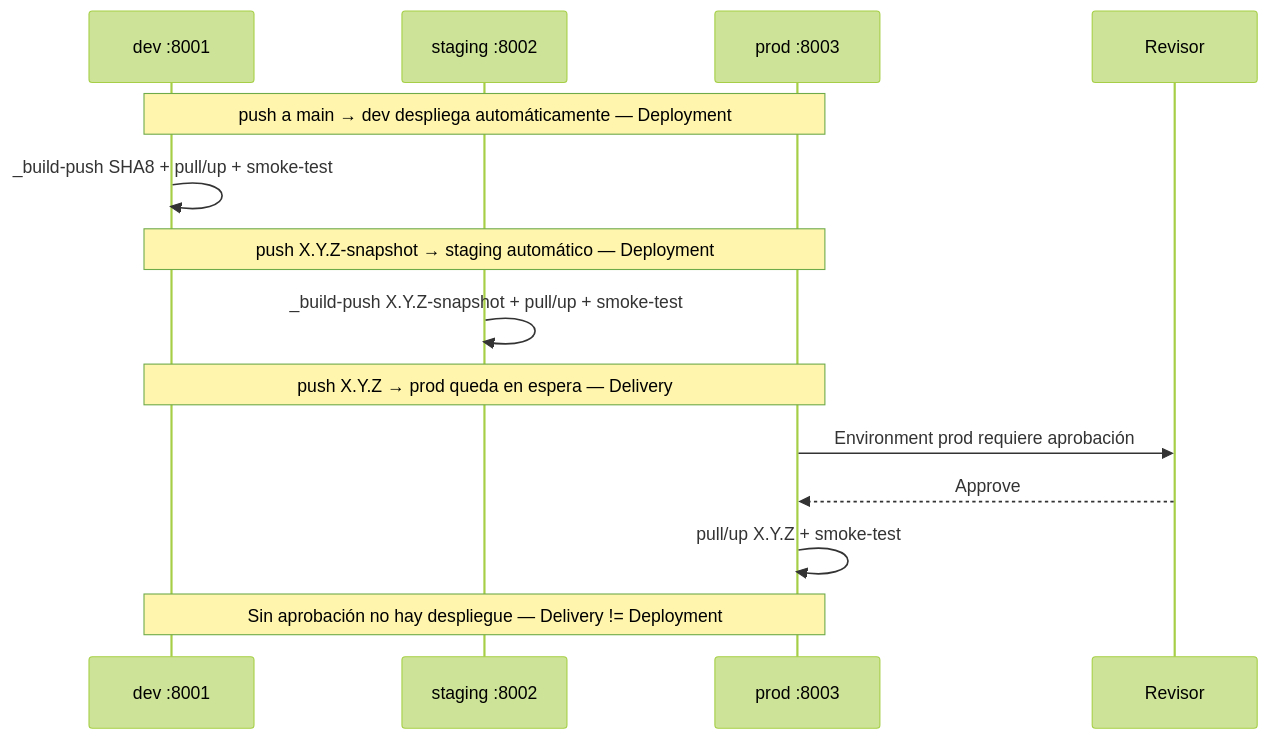
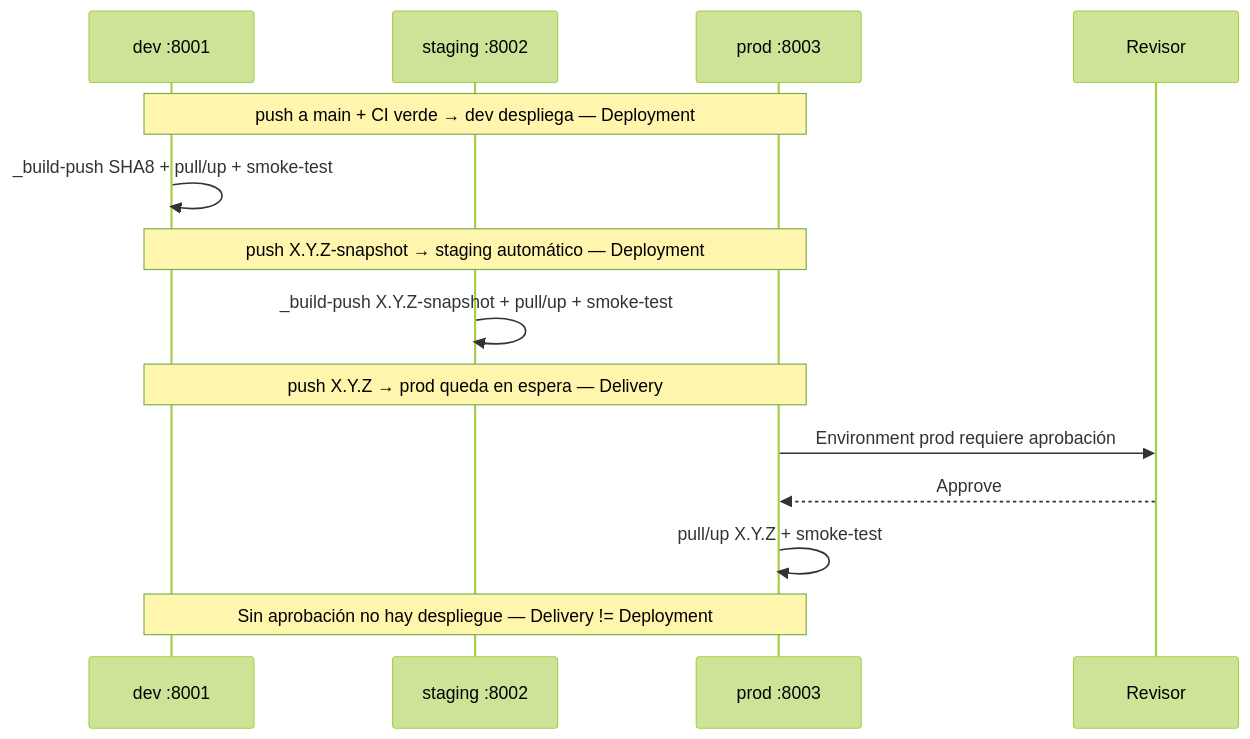
Before and after one commit to vieitesss/hiss: the second of 2 diagrams in docs/pipeline.md, drawn with Mermaid (forest theme). The commit also changed other lines of this file and 9 other files, not shown here.

````diff
--- a/docs/pipeline.md
+++ b/docs/pipeline.md
@@ -188,19 +200,19 @@
 ```mermaid
 sequenceDiagram
     participant D as dev :8001
     participant S as staging :8002
     participant P as prod :8003
     participant R as Revisor
 
-    Note over D,P: push a main → dev despliega automáticamente — Deployment
+    Note over D,P: push a main + CI verde → dev despliega — Deployment
     D->>D: _build-push SHA8 + pull/up + smoke-test
 
     Note over D,P: push X.Y.Z-snapshot → staging automático — Deployment
     S->>S: _build-push X.Y.Z-snapshot + pull/up + smoke-test
 
     Note over D,P: push X.Y.Z → prod queda en espera — Delivery
     P->>R: Environment prod requiere aprobación
     R-->>P: Approve
     P->>P: pull/up X.Y.Z + smoke-test
     Note over D,P: Sin aprobación no hay despliegue — Delivery != Deployment
 ```
````
